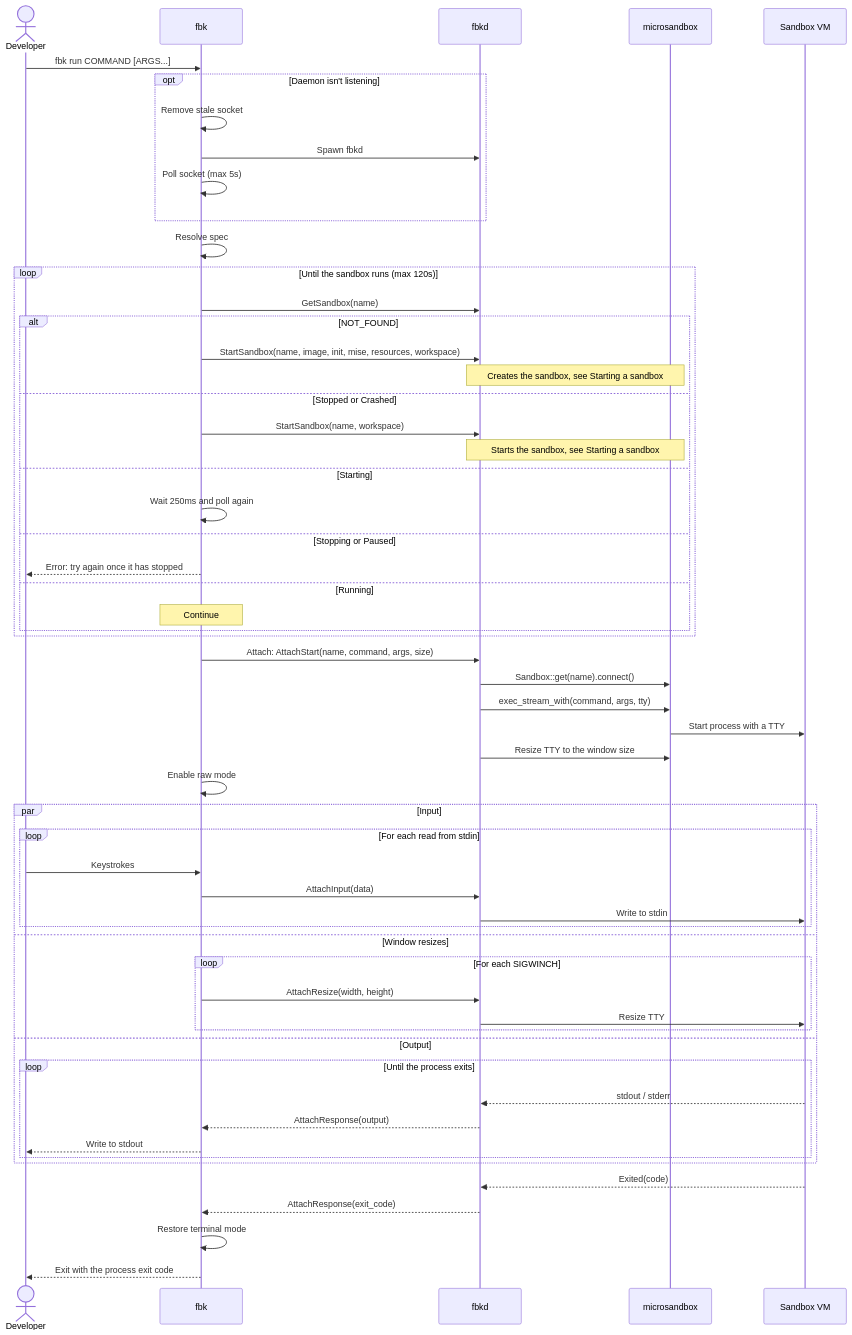
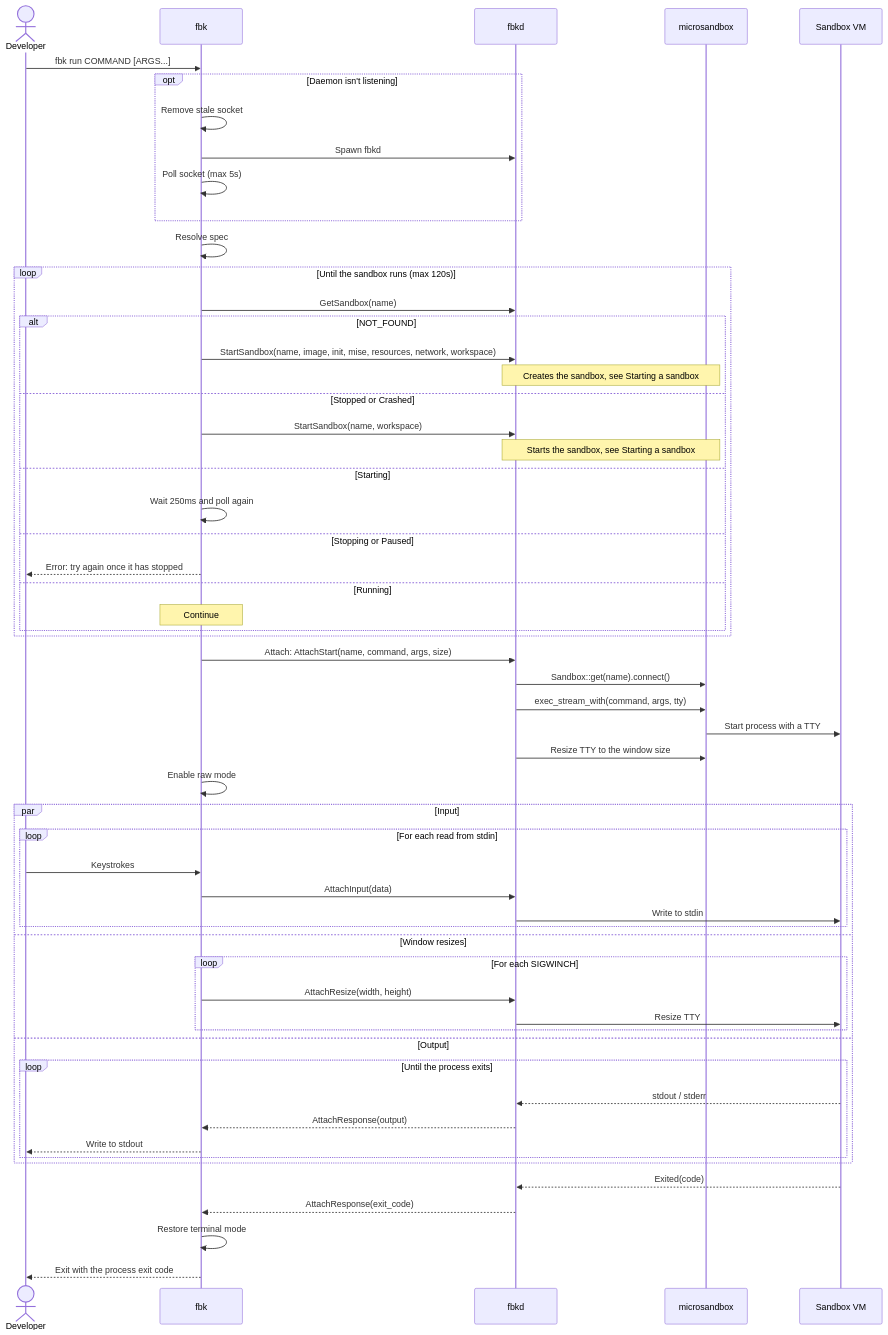
One commit to wmeints/anvil changed the first of 6 diagrams in docs/architecture/06-runtime-view.md. Above: the diagram before and after it, drawn with Mermaid. The commit also changed other lines of this file and 16 other files, not shown here.

````diff
--- a/docs/architecture/06-runtime-view.md
+++ b/docs/architecture/06-runtime-view.md
@@ -28,64 +28,64 @@
 ```mermaid
 sequenceDiagram
     actor Dev as Developer
     participant CLI as fbk
     participant D as fbkd
     participant MS as microsandbox
     participant VM as Sandbox VM
 
     Dev->>CLI: fbk run COMMAND [ARGS...]
     opt Daemon isn't listening
         CLI->>CLI: Remove stale socket
         CLI->>D: Spawn fbkd
         CLI->>CLI: Poll socket (max 5s)
     end
     CLI->>CLI: Resolve spec
 
     loop Until the sandbox runs (max 120s)
         CLI->>D: GetSandbox(name)
         alt NOT_FOUND
-            CLI->>D: StartSandbox(name, image, init, mise, resources, workspace)
+            CLI->>D: StartSandbox(name, image, init, mise, resources, network, workspace)
             Note over D,MS: Creates the sandbox, see Starting a sandbox
         else Stopped or Crashed
             CLI->>D: StartSandbox(name, workspace)
             Note over D,MS: Starts the sandbox, see Starting a sandbox
         else Starting
             CLI->>CLI: Wait 250ms and poll again
         else Stopping or Paused
             CLI-->>Dev: Error: try again once it has stopped
         else Running
             Note over CLI: Continue
         end
     end
 
     CLI->>D: Attach: AttachStart(name, command, args, size)
     D->>MS: Sandbox::get(name).connect()
     D->>MS: exec_stream_with(command, args, tty)
     MS->>VM: Start process with a TTY
     D->>MS: Resize TTY to the window size
     CLI->>CLI: Enable raw mode
 
     par Input
         loop For each read from stdin
             Dev->>CLI: Keystrokes
             CLI->>D: AttachInput(data)
             D->>VM: Write to stdin
         end
     and Window resizes
         loop For each SIGWINCH
             CLI->>D: AttachResize(width, height)
             D->>VM: Resize TTY
         end
     and Output
         loop Until the process exits
             VM-->>D: stdout / stderr
             D-->>CLI: AttachResponse(output)
             CLI-->>Dev: Write to stdout
         end
     end
 
     VM-->>D: Exited(code)
     D-->>CLI: AttachResponse(exit_code)
     CLI->>CLI: Restore terminal mode
     CLI-->>Dev: Exit with the process exit code
 ```
````
